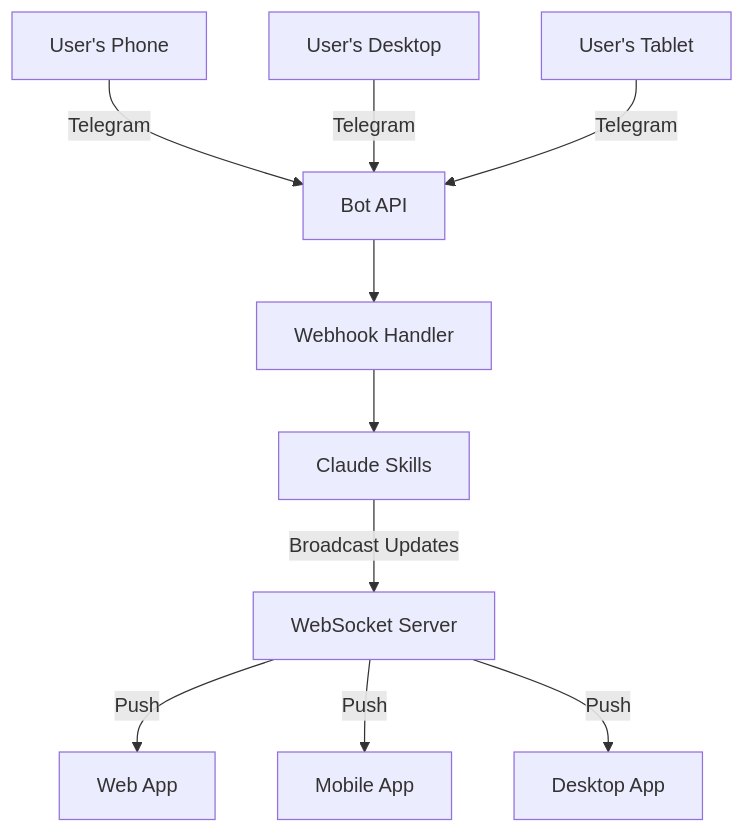
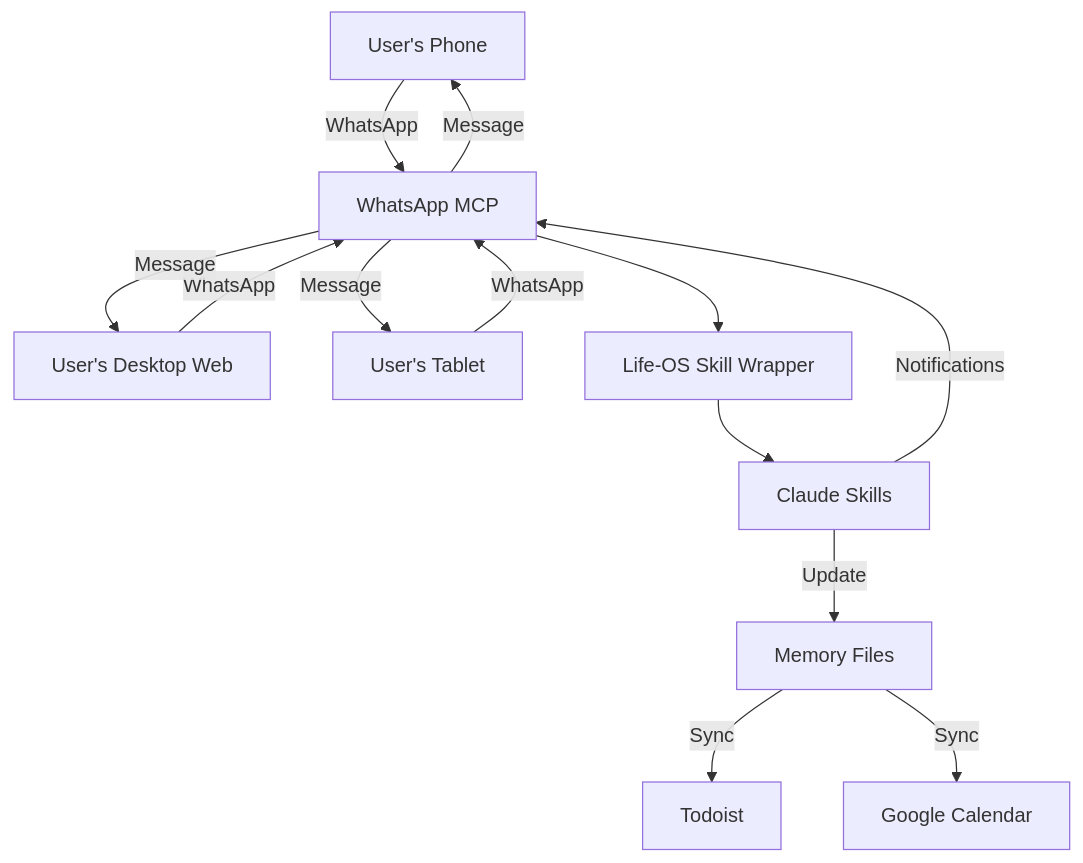
Before and after one commit to natea/ExoMind: diagram 15 of 25 in docs/integrations/data-flow-diagrams.md, drawn with Mermaid. The commit also changed other lines of this file and 172 other files, not shown here.

````diff
--- a/docs/integrations/data-flow-diagrams.md
+++ b/docs/integrations/data-flow-diagrams.md
@@ -368,14 +397,18 @@
 ```mermaid
 graph TB
-    A[User's Phone] -->|Telegram| B[Bot API]
-    C[User's Desktop] -->|Telegram| B
-    D[User's Tablet] -->|Telegram| B
+    A[User's Phone] -->|WhatsApp| B[WhatsApp MCP]
+    C[User's Desktop Web] -->|WhatsApp| B
+    D[User's Tablet] -->|WhatsApp| B
 
-    B --> E[Webhook Handler]
+    B --> E[Life-OS Skill Wrapper]
     E --> F[Claude Skills]
 
-    F -->|Broadcast Updates| G[WebSocket Server]
-    G -->|Push| H[Web App]
-    G -->|Push| I[Mobile App]
-    G -->|Push| J[Desktop App]
+    F -->|Update| G[Memory Files]
+    G -->|Sync| H[Todoist]
+    G -->|Sync| I[Google Calendar]
+
+    F -->|Notifications| B
+    B -->|Message| A
+    B -->|Message| C
+    B -->|Message| D
 ```
````
